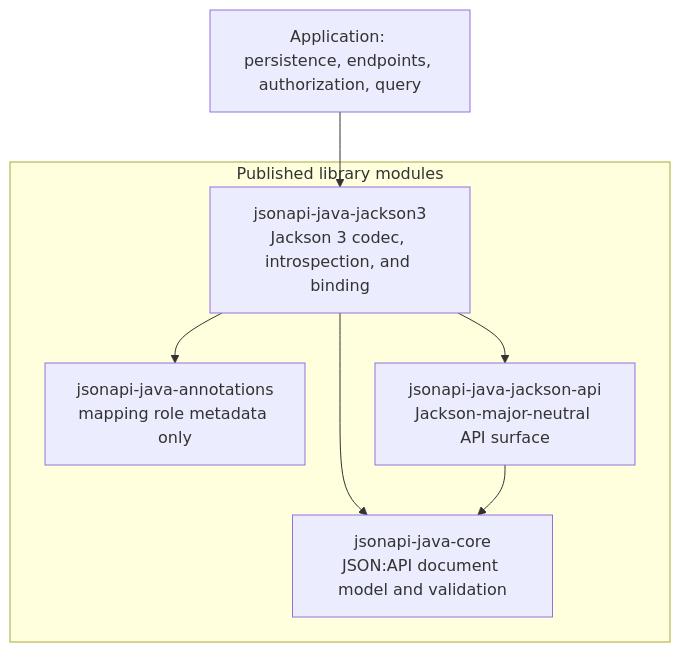
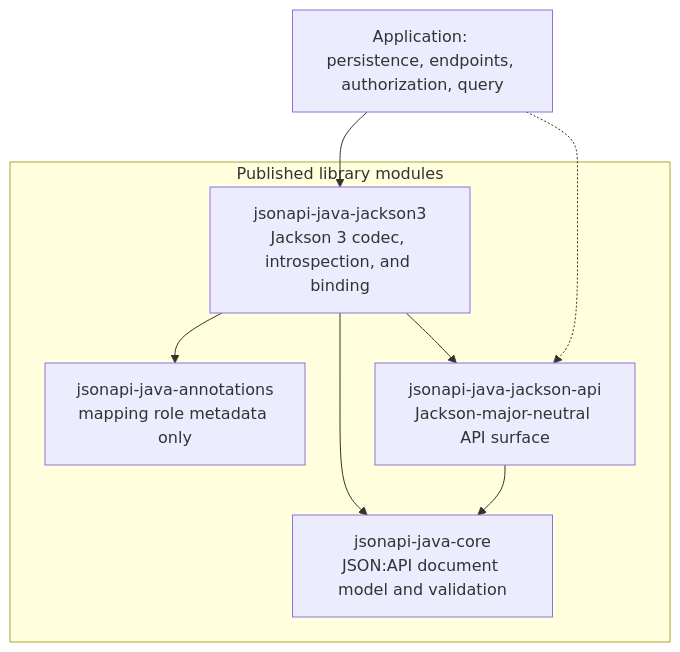
The first of 6 diagrams in docs/architecture.md (kazemek/jsonapi-java), drawn with Mermaid before and after one commit. The commit also changed other lines of this file and 17 other files, not shown here.

````diff
--- a/docs/architecture.md
+++ b/docs/architecture.md
@@ -26,17 +26,18 @@
 ```mermaid
 flowchart TB
   subgraph published["Published library modules"]
     CORE["jsonapi-java-core<br/>JSON:API document model and validation"]
     ANN["jsonapi-java-annotations<br/>mapping role metadata only"]
     COMMON["jsonapi-java-jackson-api<br/>Jackson-major-neutral API surface"]
     J3["jsonapi-java-jackson3<br/>Jackson 3 codec, introspection, and binding"]
   end
 
   APP["Application: persistence, endpoints, authorization, query"]
 
   J3 --> COMMON
   J3 --> CORE
   J3 --> ANN
   COMMON --> CORE
   APP --> J3
+  APP -.-> COMMON
 ```
````
